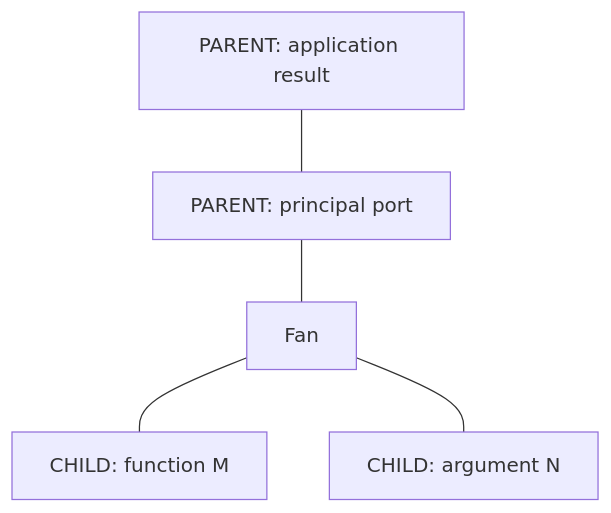
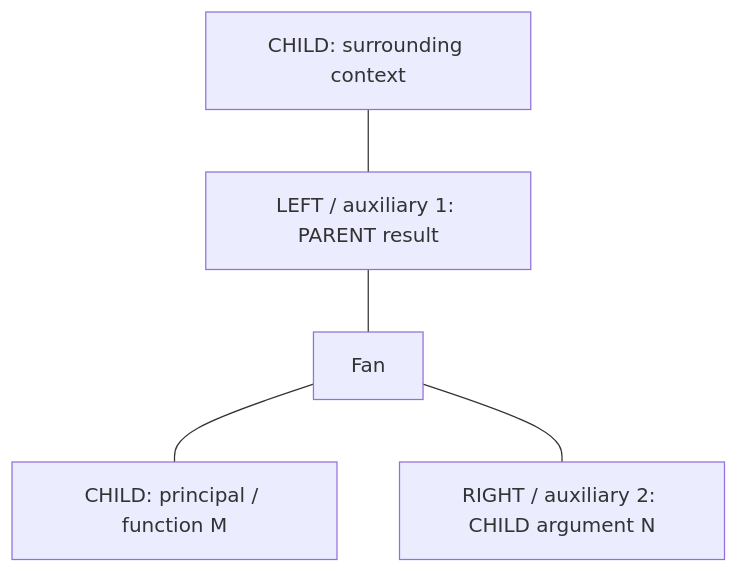
The second of 4 diagrams in NEXT_STEPS_GUIDE.md (gavlooth/delta_net_abstract_machine), drawn with Mermaid before and after one commit. The commit also changed other lines of this file and 5 other files, not shown here.

````diff
--- a/NEXT_STEPS_GUIDE.md
+++ b/NEXT_STEPS_GUIDE.md
@@ -218,7 +218,7 @@
 ```mermaid
 flowchart TB
-  R[PARENT: application result] --- P[PARENT: principal port]
-  P --- F[Fan]
-  F --- FN[CHILD: function M]
-  F --- A[CHILD: argument N]
+  C[CHILD: surrounding context] --- R[LEFT / auxiliary 1: PARENT result]
+  R --- F[Fan]
+  F --- FN[CHILD: principal / function M]
+  F --- A[RIGHT / auxiliary 2: CHILD argument N]
 ```
````
